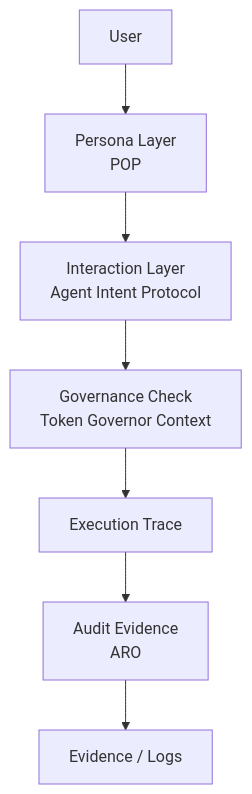
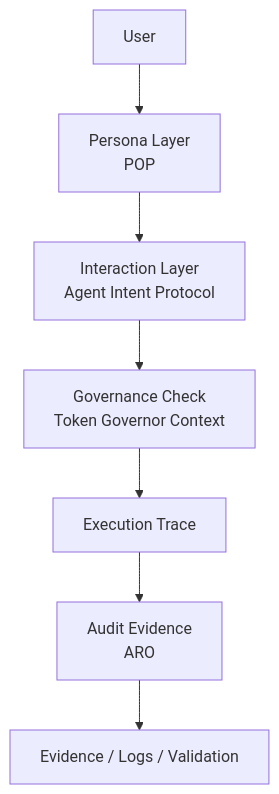
Before and after one commit to joy7758/verifiable-agent-demo: the diagram in docs/figures/ai-agent-governance-stack.mmd, drawn with Mermaid.

Commit message:
docs: trigger mermaid render validation path

```diff
--- a/docs/figures/ai-agent-governance-stack.mmd
+++ b/docs/figures/ai-agent-governance-stack.mmd
@@ -1,23 +1,23 @@
 flowchart TB
 
 User --> Persona
 
 Persona[Persona Layer<br>POP]
 
 Persona --> Interaction
 
 Interaction[Interaction Layer<br>Agent Intent Protocol]
 
 Interaction --> Governance
 
 Governance[Governance Check<br>Token Governor Context]
 
 Governance --> Trace
 
 Trace[Execution Trace]
 
 Trace --> Audit
 
 Audit[Audit Evidence<br>ARO]
 
-Audit --> Output[Evidence / Logs]
+Audit --> Output[Evidence / Logs / Validation]
```
